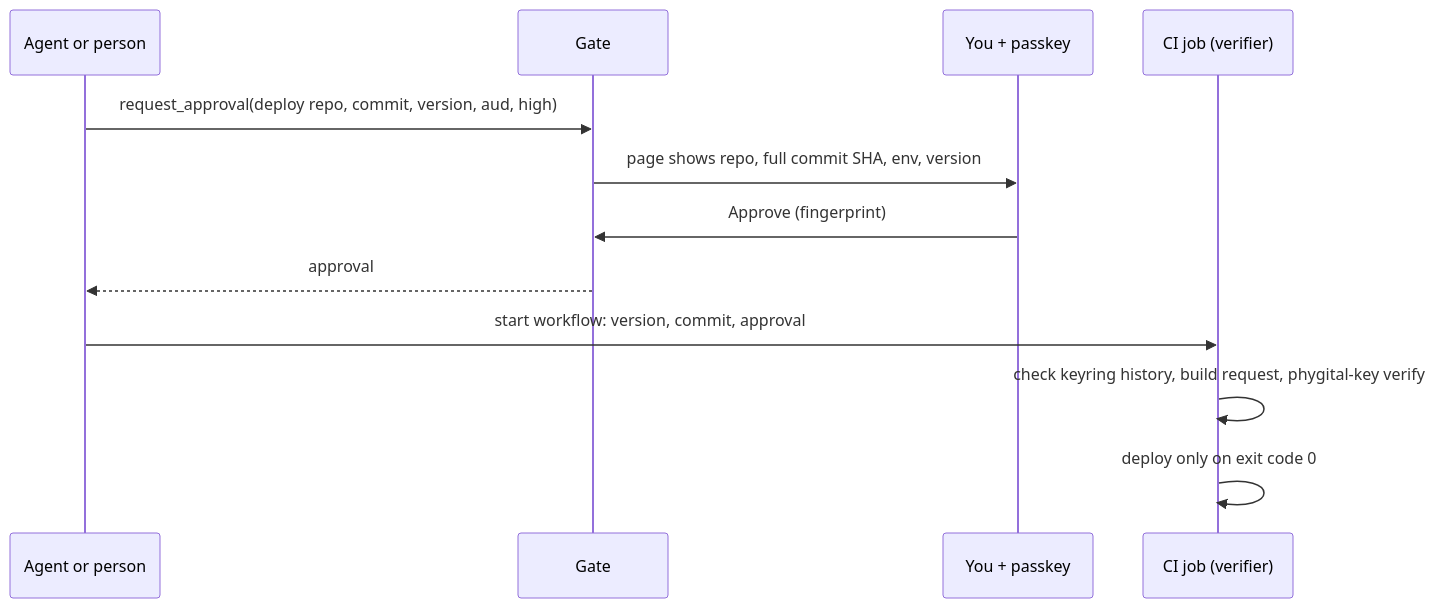
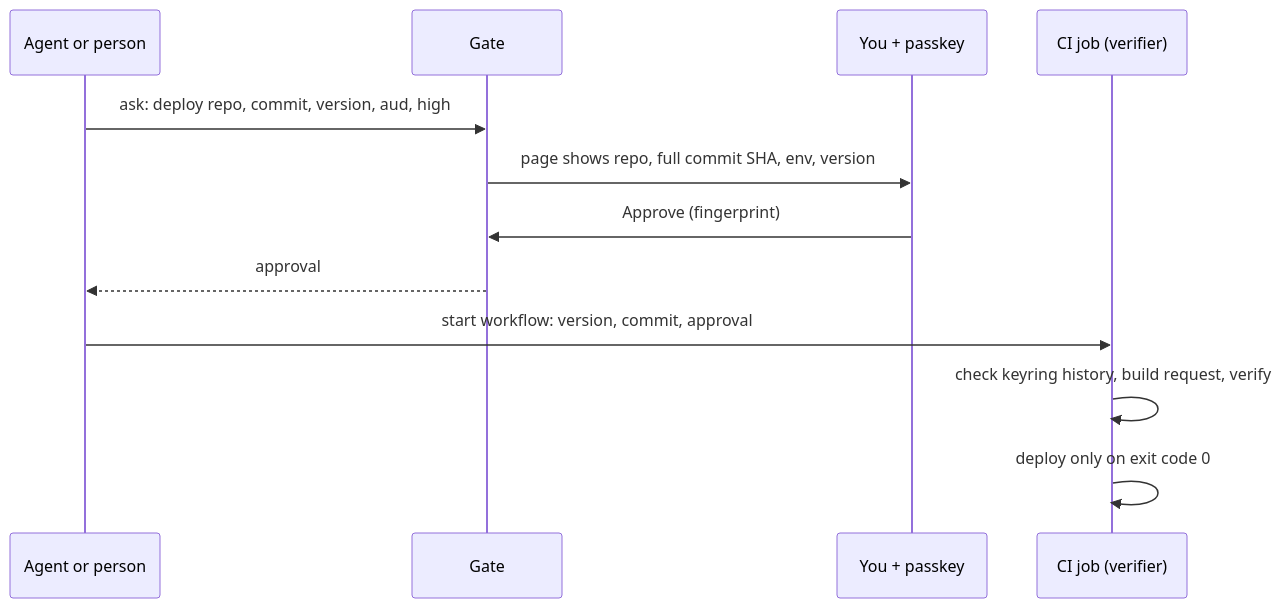
The diagram in examples/ci-approval/README.md (Phygital-Key/phygital-key), drawn with Mermaid before and after one commit. The commit also changed other lines of this file and 114 other files, not shown here.

Commit message:
Split into a shared base: the gate becomes the phygital-key-gate library (Product + Adapter), installers and release scripts become product templates; MCP moves to Phygital-Key/phygital-key-mcp, A2A is Phygital-Key/phygital-key-a2a; docs made product-neutral; v0.4.0

````diff
--- a/examples/ci-approval/README.md
+++ b/examples/ci-approval/README.md
@@ -7,14 +7,14 @@
 ```mermaid
 sequenceDiagram
     participant A as Agent or person
     participant G as Gate
     participant P as You + passkey
     participant C as CI job (verifier)
-    A->>G: request_approval(deploy repo, commit, version, aud, high)
+    A->>G: ask: deploy repo, commit, version, aud, high
     G->>P: page shows repo, full commit SHA, env, version
     P->>G: Approve (fingerprint)
     G-->>A: approval
     A->>C: start workflow: version, commit, approval
-    C->>C: check keyring history, build request, phygital-key verify
+    C->>C: check keyring history, build request, verify
     C->>C: deploy only on exit code 0
 ```
````
